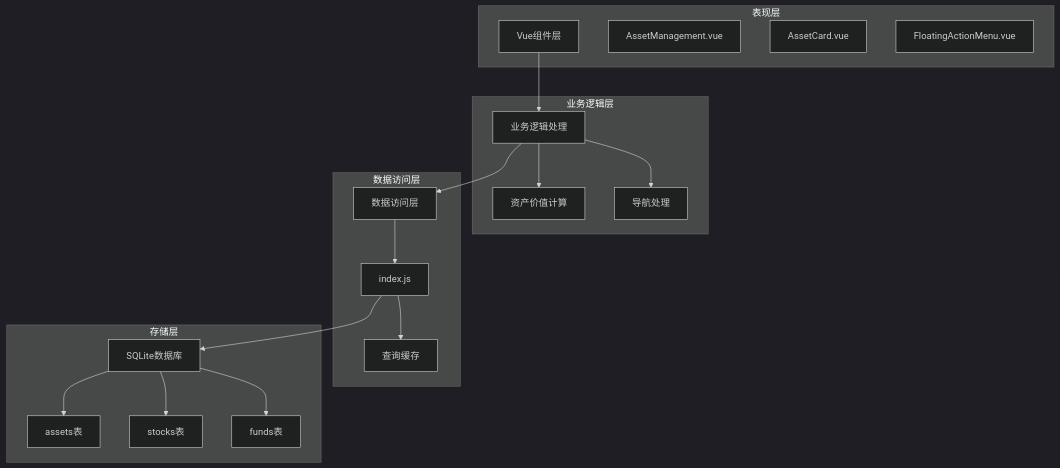
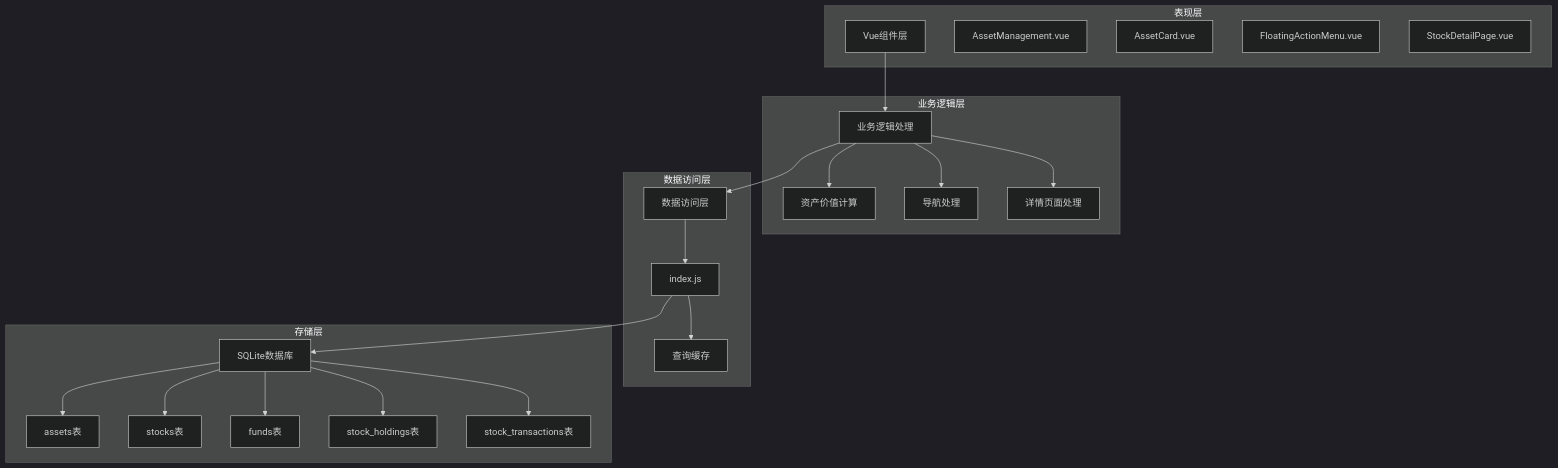
Before and after one commit to xiao-lin-unit/yuan: the second of 13 diagrams in .qoder/repowiki/zh/content/资产管理/资产总览.md, drawn with Mermaid (dark theme). The commit also changed other lines of this file and 37 other files, not shown here.

````diff
--- a/.qoder/repowiki/zh/content/资产管理/资产总览.md
+++ b/.qoder/repowiki/zh/content/资产管理/资产总览.md
@@ -112,35 +142,42 @@
 ```mermaid
 graph TB
 subgraph "表现层"
 UI[Vue组件层]
 AM[AssetManagement.vue]
 AC[AssetCard.vue]
 FAM[FloatingActionMenu.vue]
+SDP[StockDetailPage.vue]
 end
 subgraph "业务逻辑层"
 BL[业务逻辑处理]
 CALC[资产价值计算]
 NAV[导航处理]
+DETAIL[详情页面处理]
 end
 subgraph "数据访问层"
 DA[数据访问层]
 DB[index.js]
 CACHE[查询缓存]
 end
 subgraph "存储层"
 STORE[SQLite数据库]
 ASSETS[assets表]
 STOCKS[stocks表]
 FUNDS[funds表]
+STOCK_HOLDINGS[stock_holdings表]
+STOCK_TRANSACTIONS[stock_transactions表]
 end
 UI --> BL
 BL --> CALC
 BL --> NAV
+BL --> DETAIL
 BL --> DA
 DA --> DB
 DB --> CACHE
 DB --> STORE
 STORE --> ASSETS
 STORE --> STOCKS
 STORE --> FUNDS
+STORE --> STOCK_HOLDINGS
+STORE --> STOCK_TRANSACTIONS
 ```
````
